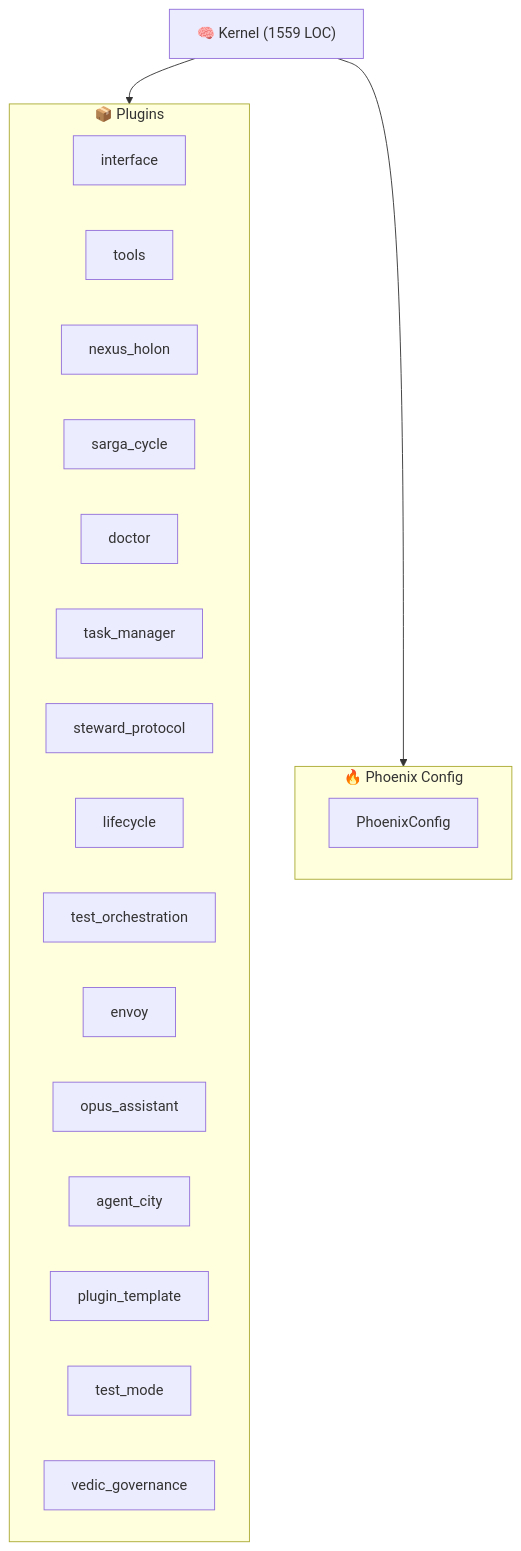
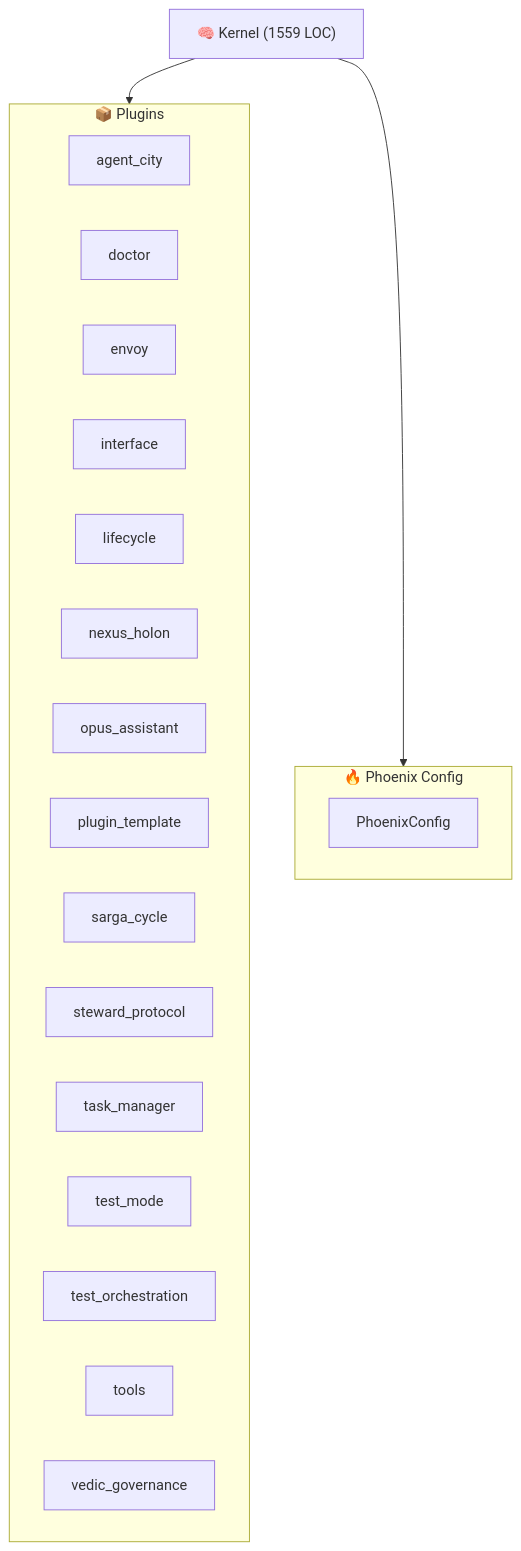
Before and after one commit to kimeisele/steward-protocol: the diagram in ARCHITECTURE.md, drawn with Mermaid. The commit also changed other lines of this file and 14 other files, not shown here.

````diff
--- a/ARCHITECTURE.md
+++ b/ARCHITECTURE.md
@@ -8,26 +8,26 @@
 ```mermaid
 graph TB
     K["🧠 Kernel (1559 LOC)"]
     subgraph Plugins["📦 Plugins"]
+        P_agent_city["agent_city"]
+        P_doctor["doctor"]
+        P_envoy["envoy"]
         P_interface["interface"]
+        P_lifecycle["lifecycle"]
+        P_nexus_holon["nexus_holon"]
+        P_opus_assistant["opus_assistant"]
+        P_plugin_template["plugin_template"]
+        P_sarga_cycle["sarga_cycle"]
+        P_steward_protocol["steward_protocol"]
+        P_task_manager["task_manager"]
+        P_test_mode["test_mode"]
+        P_test_orchestration["test_orchestration"]
         P_tools["tools"]
-        P_nexus_holon["nexus_holon"]
-        P_sarga_cycle["sarga_cycle"]
-        P_doctor["doctor"]
-        P_task_manager["task_manager"]
-        P_steward_protocol["steward_protocol"]
-        P_lifecycle["lifecycle"]
-        P_test_orchestration["test_orchestration"]
-        P_envoy["envoy"]
-        P_opus_assistant["opus_assistant"]
-        P_agent_city["agent_city"]
-        P_plugin_template["plugin_template"]
-        P_test_mode["test_mode"]
         P_vedic_governance["vedic_governance"]
     end
     K --> Plugins
     subgraph Config["🔥 Phoenix Config"]
         PC[PhoenixConfig]
     end
     K --> Config
 ```
````
